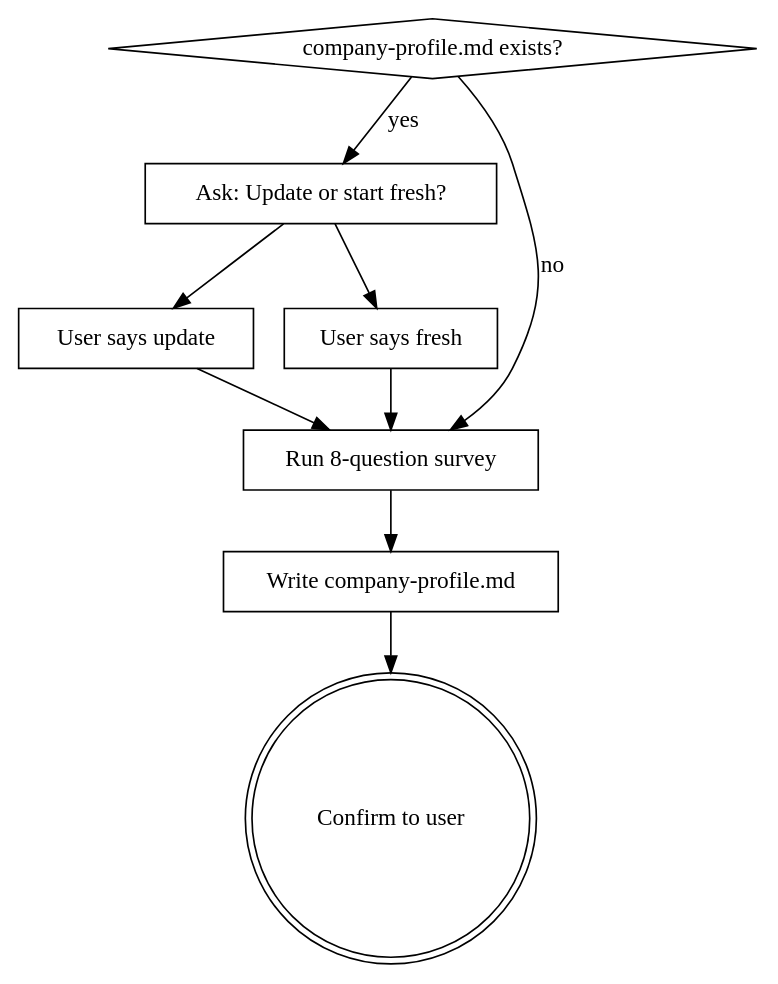
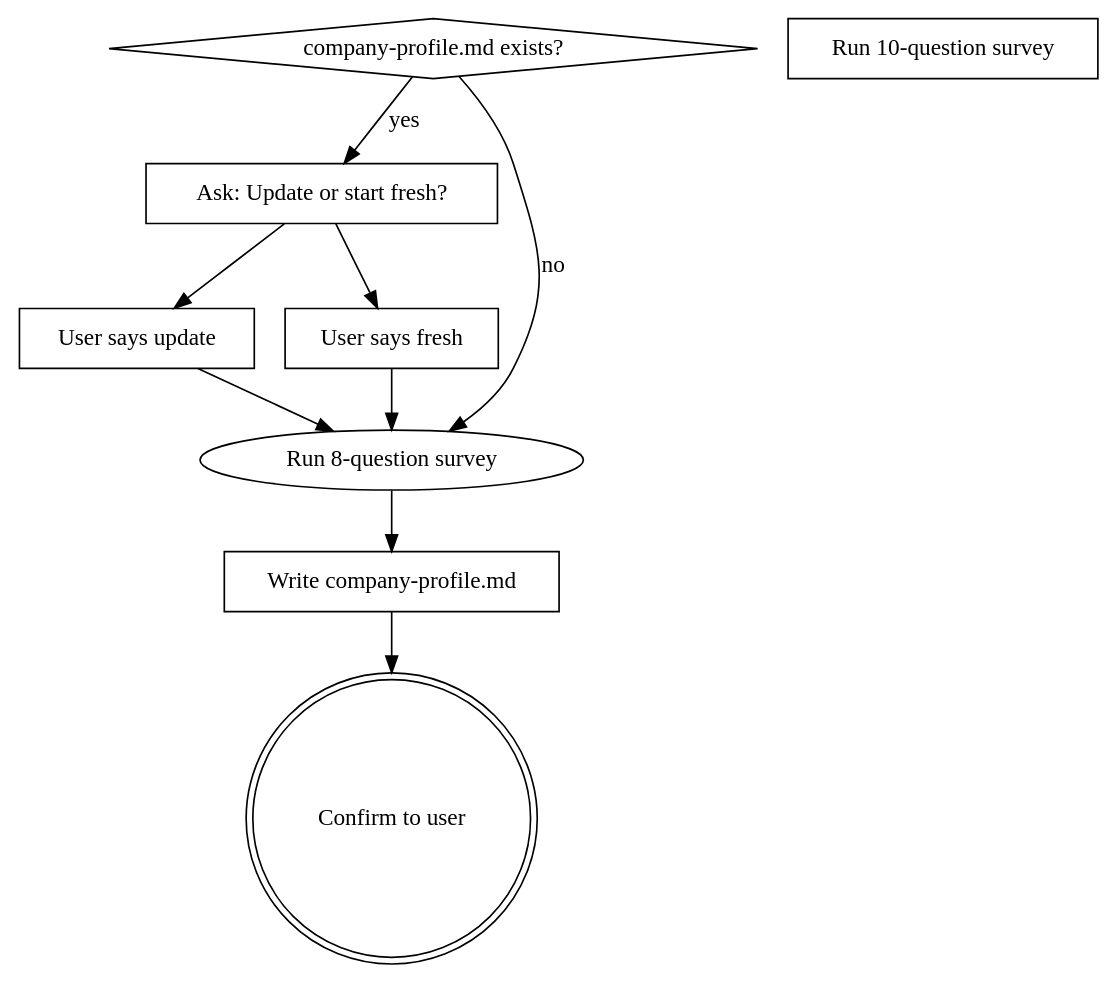
The diagram in skills/c-suite-onboarding/SKILL.md (pollow/c-suite-skills), drawn with Graphviz before and after one commit. The commit also changed other lines of this file and 1 other file, not shown here.

````diff
--- a/skills/c-suite-onboarding/SKILL.md
+++ b/skills/c-suite-onboarding/SKILL.md
@@ -22,20 +22,20 @@
 ```dot
 digraph onboarding {
     "company-profile.md exists?" [shape=diamond];
     "Ask: Update or start fresh?" [shape=box];
     "User says update" [shape=box];
     "User says fresh" [shape=box];
-    "Run 8-question survey" [shape=box];
+    "Run 10-question survey" [shape=box];
     "Write company-profile.md" [shape=box];
     "Confirm to user" [shape=doublecircle];
 
     "company-profile.md exists?" -> "Run 8-question survey" [label="no"];
     "company-profile.md exists?" -> "Ask: Update or start fresh?" [label="yes"];
     "Ask: Update or start fresh?" -> "User says update";
     "Ask: Update or start fresh?" -> "User says fresh";
     "User says update" -> "Run 8-question survey";
     "User says fresh" -> "Run 8-question survey";
     "Run 8-question survey" -> "Write company-profile.md";
     "Write company-profile.md" -> "Confirm to user";
 }
 ```
````
